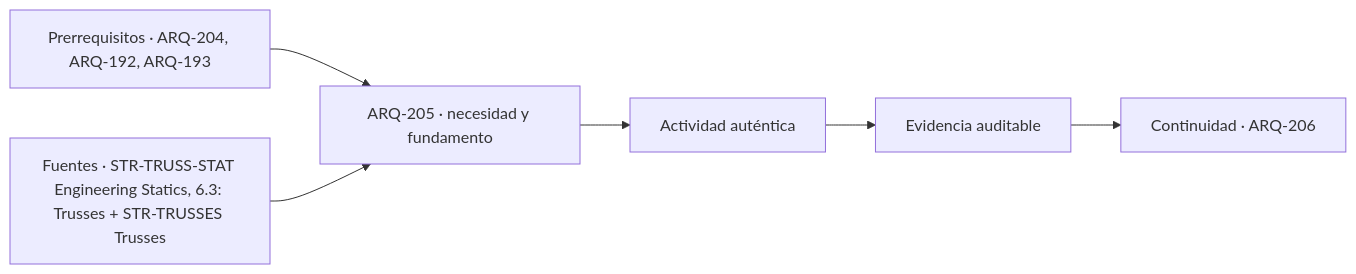
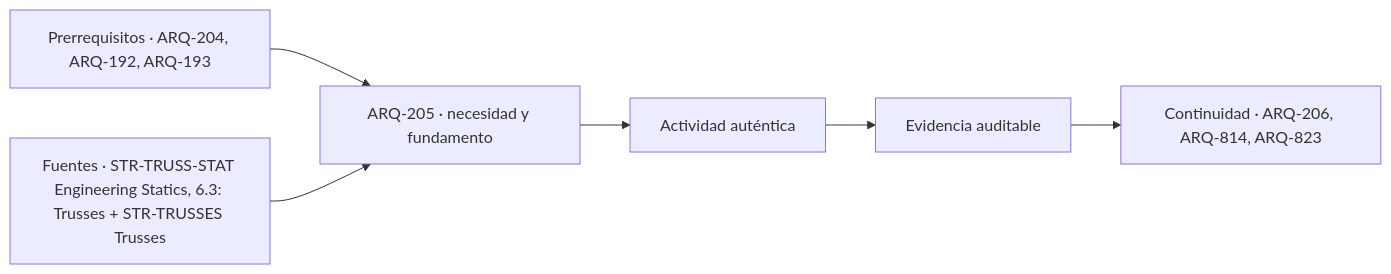
Before and after one commit to vladimiracunadev-create/architecture-built-environment-learning-program: the diagram in classes/parte-21/ARQ-205.md, drawn with Mermaid. The commit also changed other lines of this file and 234 other files, not shown here.

````diff
--- a/classes/parte-21/ARQ-205.md
+++ b/classes/parte-21/ARQ-205.md
@@ -130,8 +130,8 @@
 ```mermaid
 flowchart LR
     A["Prerrequisitos · ARQ-204, ARQ-192, ARQ-193"] --> B["ARQ-205 · necesidad y fundamento"]
     S["Fuentes · STR-TRUSS-STAT Engineering Statics, 6.3: Trusses + STR-TRUSSES Trusses"] --> B
     B --> C["Actividad auténtica"]
     C --> D["Evidencia auditable"]
-    D --> E["Continuidad · ARQ-206"]
+    D --> E["Continuidad · ARQ-206, ARQ-814, ARQ-823"]
 ```
````
